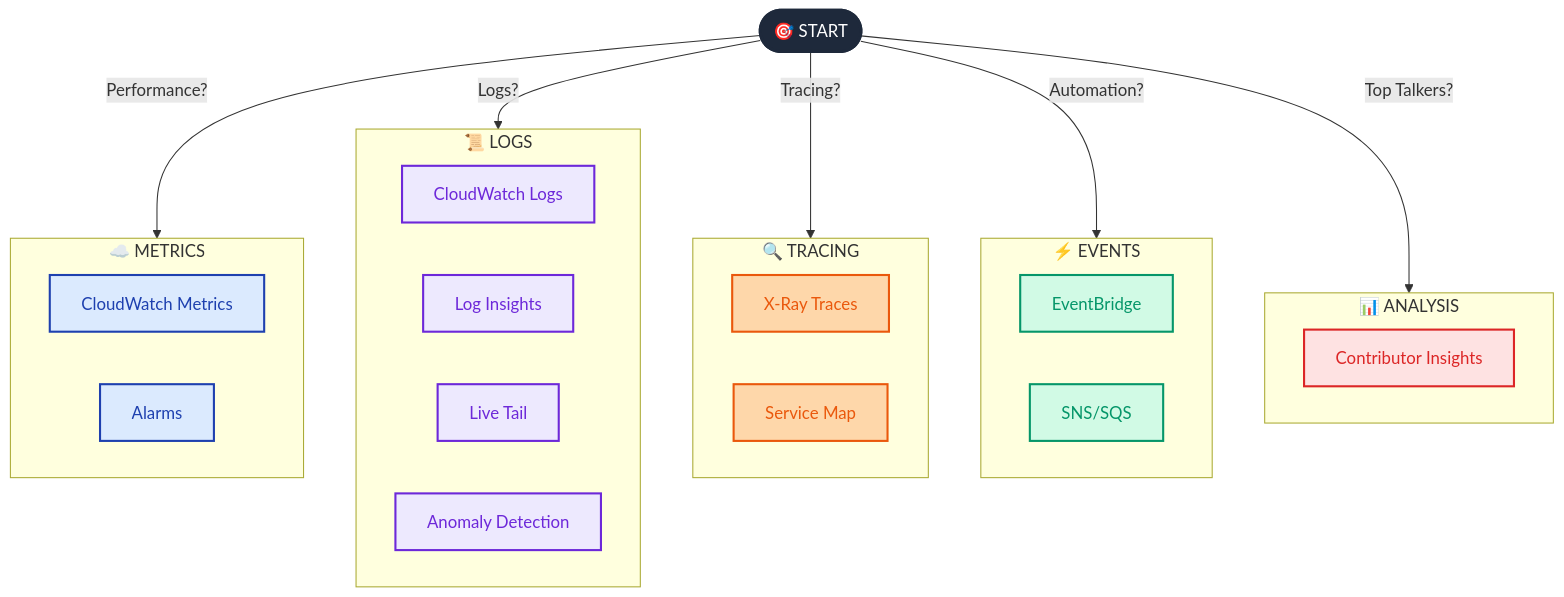
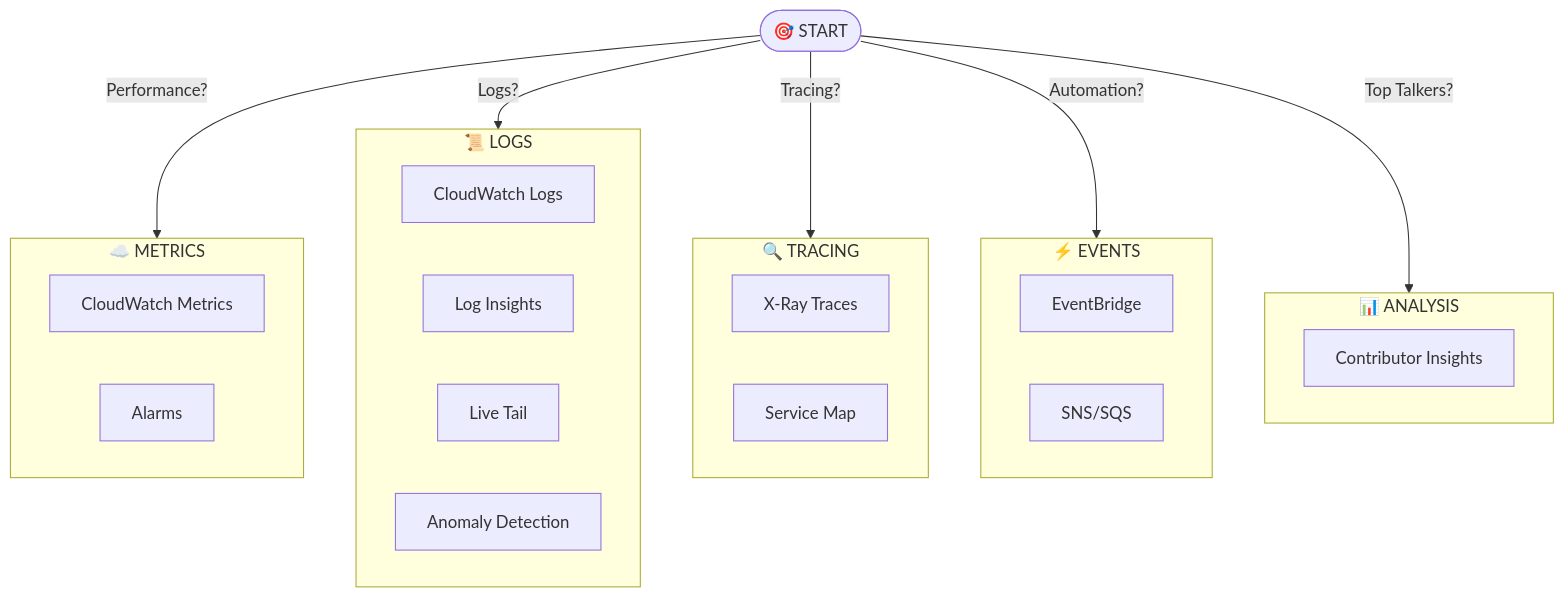
The diagram in content/0-inbox/AWS CloudWatch Cheat Sheet.md (Push1697/published_quartz_blog), drawn with Mermaid before and after one commit. The commit also changed other lines of this file and 10 other files, not shown here.

````diff
--- a/content/0-inbox/AWS CloudWatch Cheat Sheet.md
+++ b/content/0-inbox/AWS CloudWatch Cheat Sheet.md
@@ -119,30 +119,4 @@
 
     Start --> |Top Talkers?| Analysis
 
-    %% Styling
-
-    classDef startStyle fill:#1E293B,stroke:#1E293B,color:#fff,stroke-width:3px
-
-    classDef metricsStyle fill:#DBEAFE,stroke:#1E40AF,color:#1E40AF,stroke-width:2px
-
-    classDef logsStyle fill:#EDE9FE,stroke:#6D28D9,color:#6D28D9,stroke-width:2px
-
-    classDef xrayStyle fill:#FED7AA,stroke:#EA580C,color:#EA580C,stroke-width:2px
-
-    classDef eventStyle fill:#D1FAE5,stroke:#059669,color:#059669,stroke-width:2px
-
-    classDef analysisStyle fill:#FEE2E2,stroke:#DC2626,color:#DC2626,stroke-width:2px
-
-    class Start startStyle
-
-    class M1,M2 metricsStyle
-
-    class L1,L2,L3,L4 logsStyle
-
-    class X1,X2 xrayStyle
-
-    class E1,E2 eventStyle
-
-    class A1 analysisStyle
-
 ```
````
